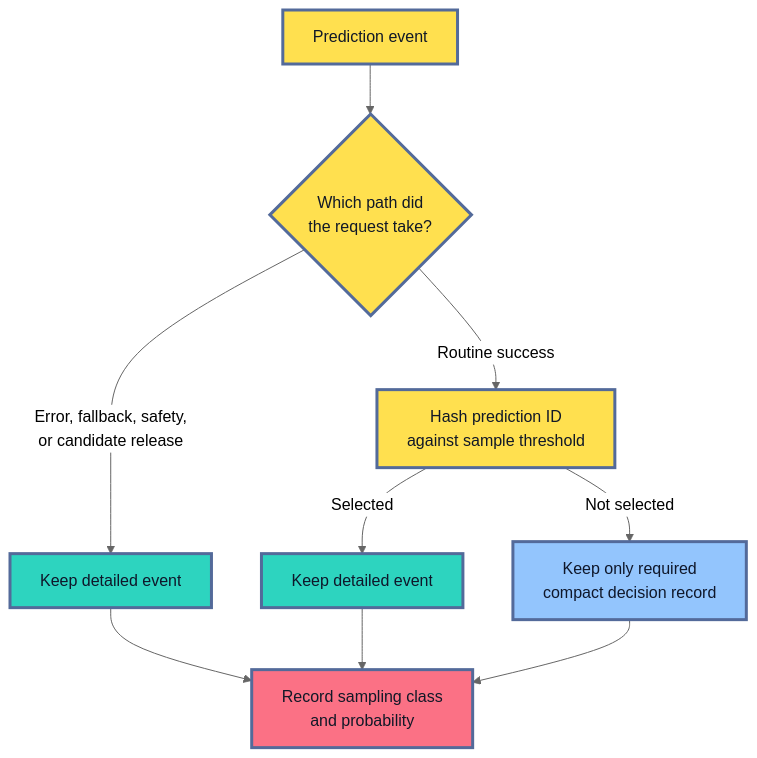
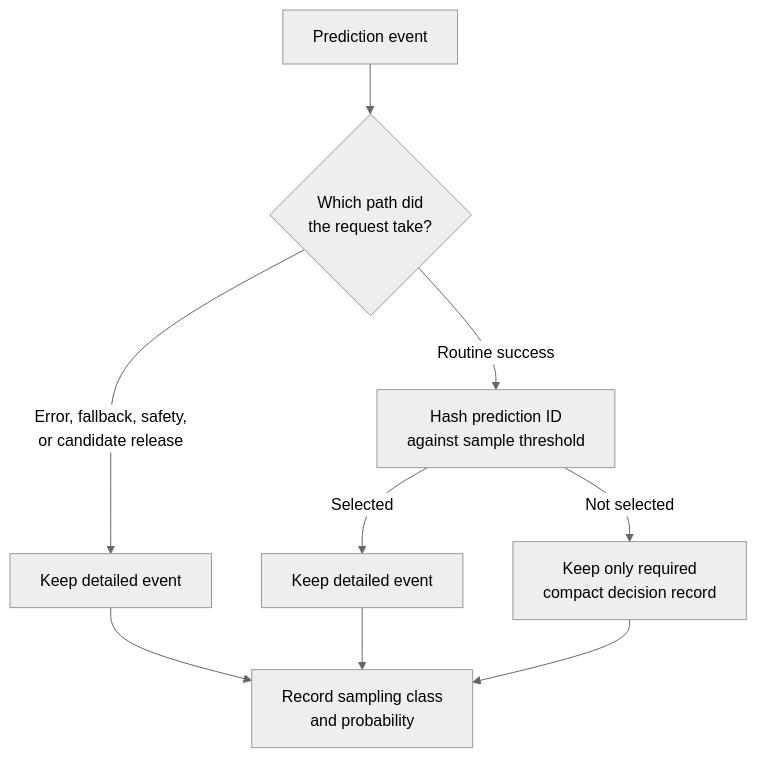
One commit to senlinyy/dev-roadmaps changed the fifth of 5 diagrams in roadmaps/mlops/modules/monitoring-and-feedback/system-observability/02-logging-prediction-requests-responses.md. Above: the diagram before and after it, drawn with Mermaid (neutral theme). The commit also changed other lines of this file and 152 other files, not shown here.

Commit message:
feat: mlops and diagrams updated

````diff
--- a/roadmaps/mlops/modules/monitoring-and-feedback/system-observability/02-logging-prediction-requests-responses.md
+++ b/roadmaps/mlops/modules/monitoring-and-feedback/system-observability/02-logging-prediction-requests-responses.md
@@ -475,20 +464,16 @@
 ```mermaid
 flowchart TD
     A["Prediction event"] --> B{"Which path did<br/>the request take?"}
     B -->|"Error, fallback, safety,<br/>or candidate release"| C["Keep detailed event"]
     B -->|"Routine success"| D["Hash prediction ID<br/>against sample threshold"]
     D -->|"Selected"| E["Keep detailed event"]
     D -->|"Not selected"| F["Keep only required<br/>compact decision record"]
     C --> G["Record sampling class<br/>and probability"]
     E --> G
     F --> G
 
-    classDef source fill:#FFE04F,stroke:#536A9A,stroke-width:3px,color:#111827
-    classDef keep fill:#2DD4BF,stroke:#536A9A,stroke-width:3px,color:#0F172A
-    classDef compact fill:#93C5FD,stroke:#536A9A,stroke-width:3px,color:#0F172A
-    classDef metadata fill:#FB7185,stroke:#536A9A,stroke-width:3px,color:#111827
     class A,B,D source
     class C,E keep
     class F compact
     class G metadata
 ```
````
